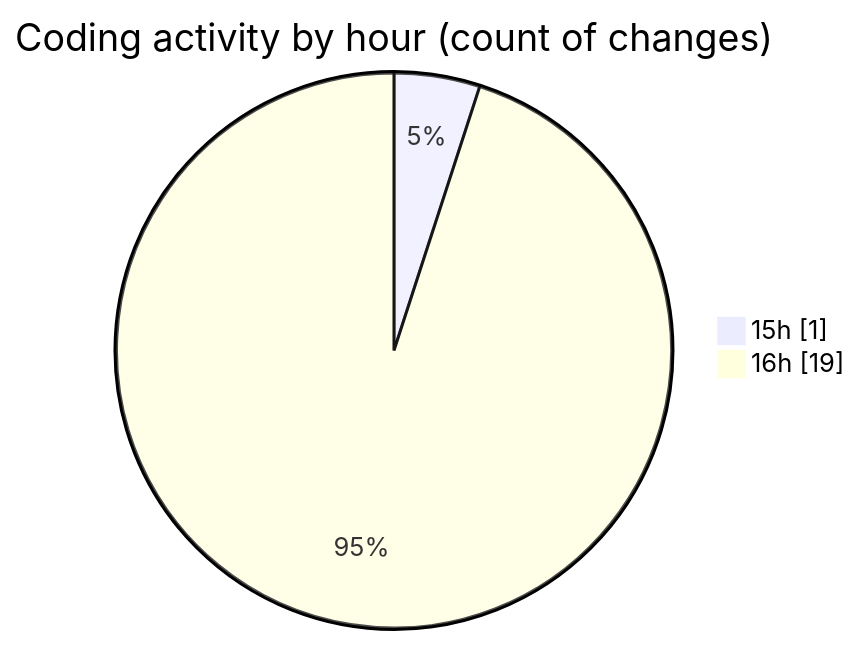
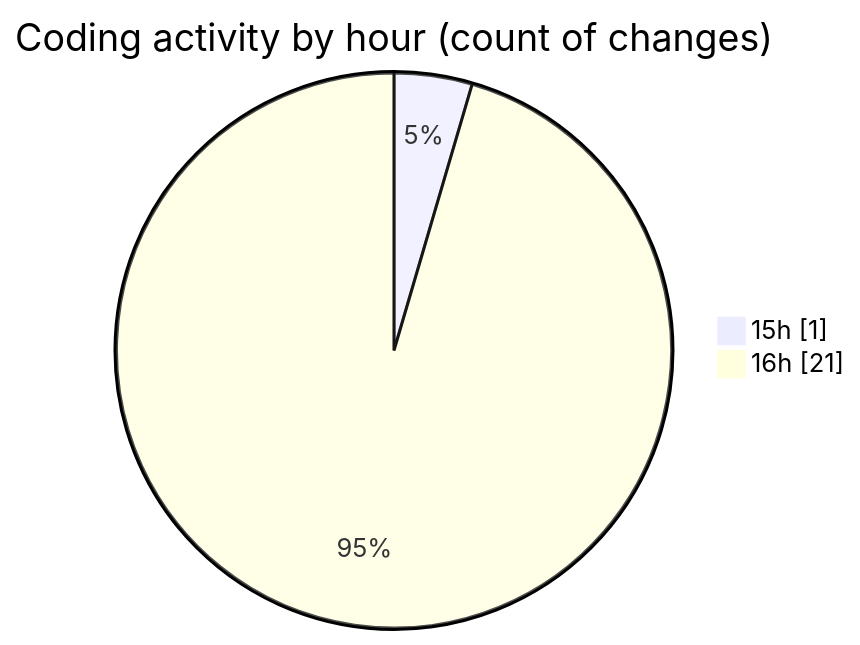
The second of 2 diagrams in 2025-07-21/fish/README.md (EIIisD/code-tracking), drawn with Mermaid before and after one commit. The commit also changed other lines of this file and 1 other file, not shown here.

````diff
--- a/2025-07-21/fish/README.md
+++ b/2025-07-21/fish/README.md
@@ -33,6 +33,6 @@
 ```mermaid
 pie showData
 title Coding activity by hour (count of changes)
 "15h" : 1
-"16h" : 19
+"16h" : 21
 ```
````
